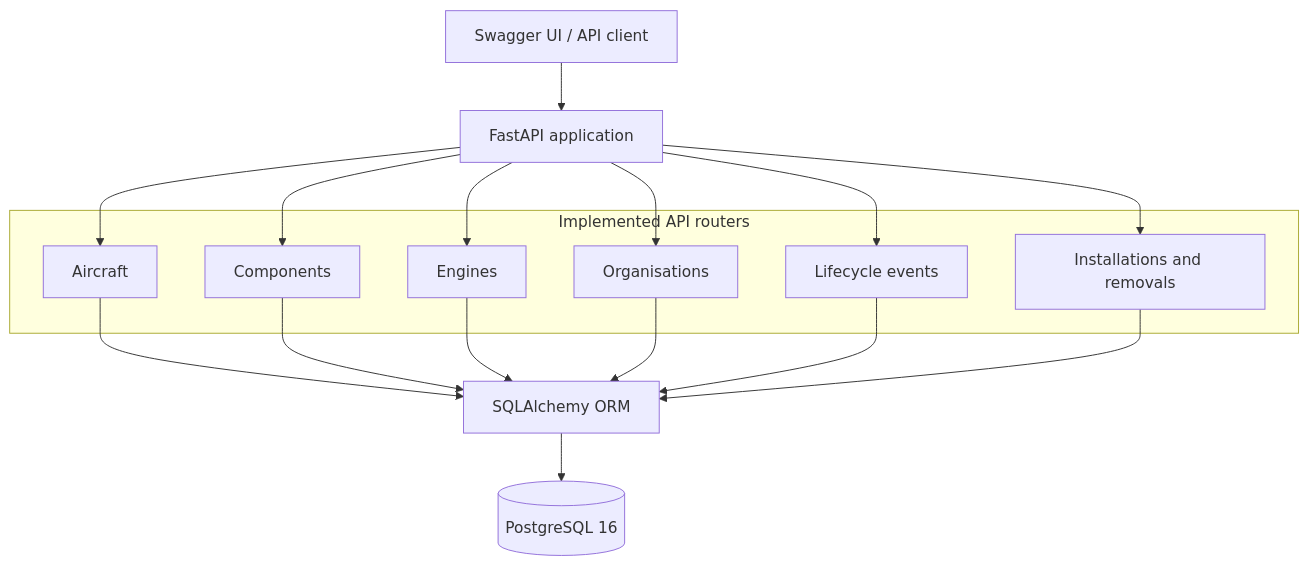
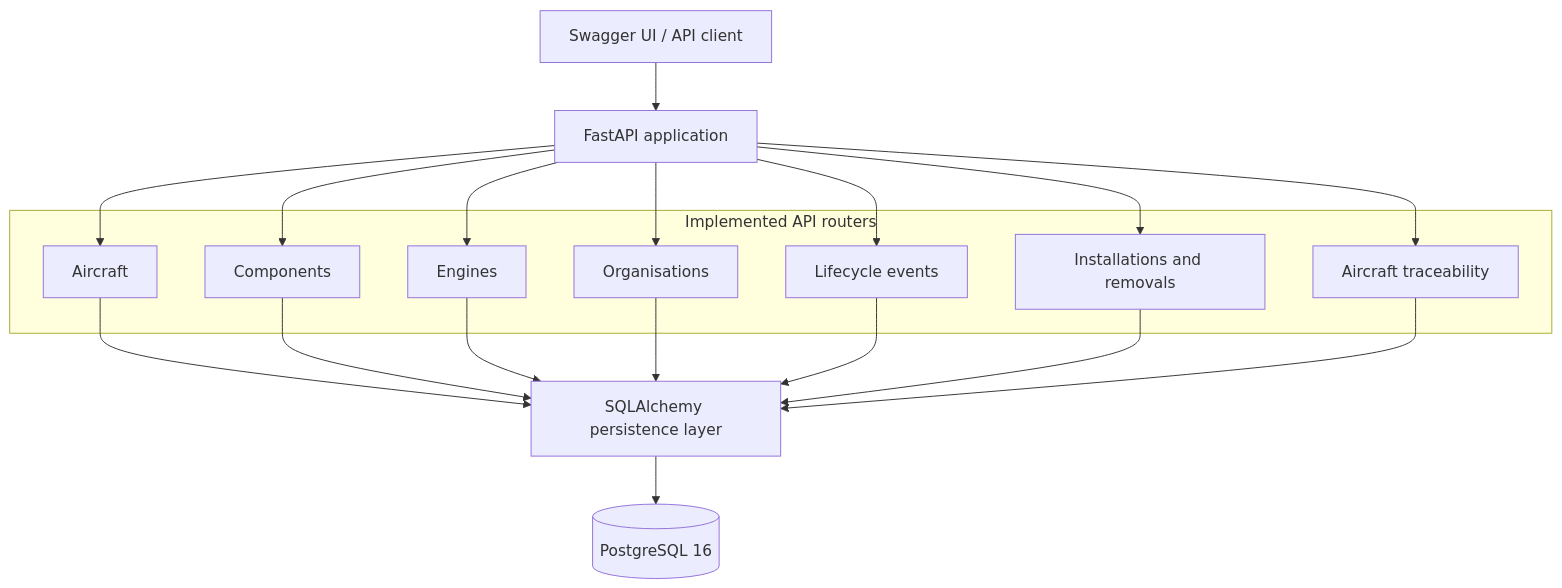
Before and after one commit to krista9669/aerotrace: the second of 4 diagrams in README.md, drawn with Mermaid. The commit also changed other lines of this file and 4 other files, not shown here.

Commit message:
feat: add aircraft component traceability

````diff
--- a/README.md
+++ b/README.md
@@ -310,25 +374,28 @@
 ```mermaid
 flowchart TB
     Client["Swagger UI / API client"] --> API["FastAPI application"]
     subgraph Routers["Implemented API routers"]
         Aircraft["Aircraft"]
         Components["Components"]
         Engines["Engines"]
         Organisations["Organisations"]
         Events["Lifecycle events"]
         Installations["Installations and removals"]
+        Traceability["Aircraft traceability"]
     end
     API --> Aircraft
     API --> Components
     API --> Engines
     API --> Organisations
     API --> Events
     API --> Installations
-    Aircraft --> ORM["SQLAlchemy ORM"]
+    API --> Traceability
+    Aircraft --> ORM["SQLAlchemy persistence layer"]
     Components --> ORM
     Engines --> ORM
     Organisations --> ORM
     Events --> ORM
     Installations --> ORM
+    Traceability --> ORM
     ORM --> DB[("PostgreSQL 16")]
 ```
````
